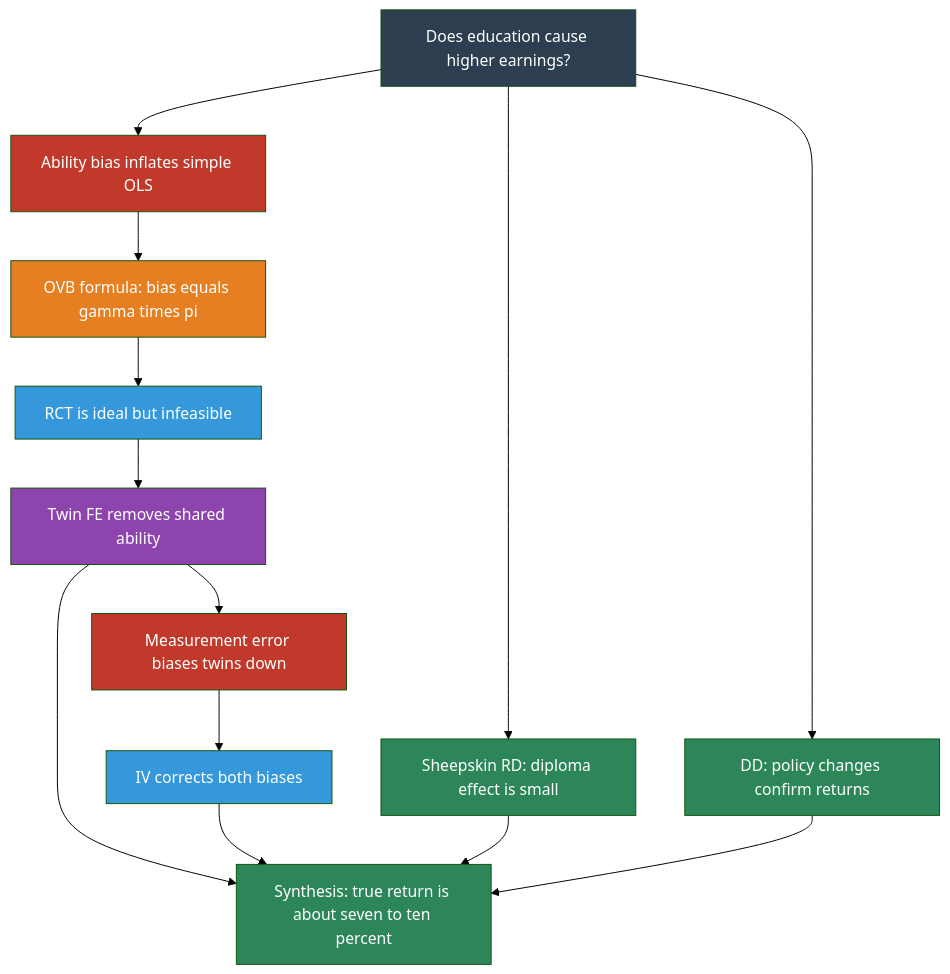
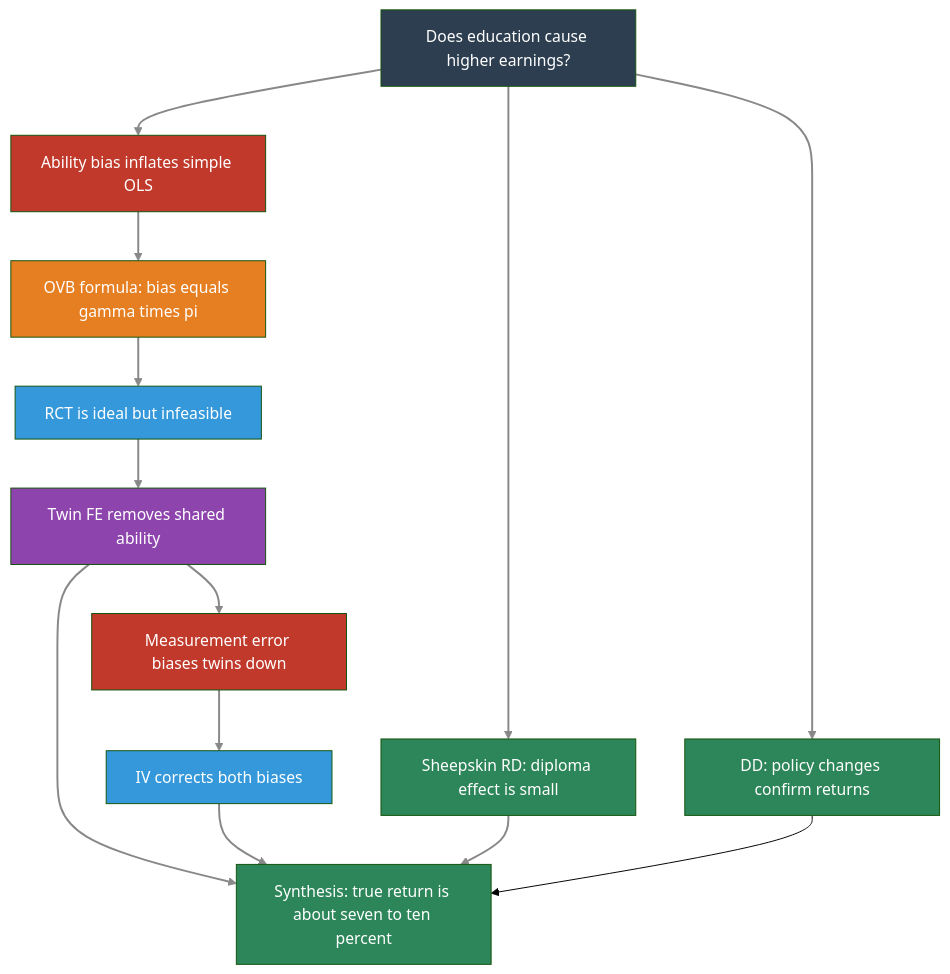
Before and after one commit to cmg777/intro2causal: the second of 2 diagrams in notebooks_quarto/06-wages-of-schooling.qmd, drawn with Mermaid (forest theme). The commit also changed other lines of this file and 17 other files, not shown here.

````diff
--- a/notebooks_quarto/06-wages-of-schooling.qmd
+++ b/notebooks_quarto/06-wages-of-schooling.qmd
@@ -1252,40 +1184,42 @@
 ```{mermaid}
 %%| label: fig-concept-map
 %%| fig-cap: "How the key concepts of Chapter 6 connect: from the question through five methods to the synthesis"
 
 graph TD
     Q["Does education cause higher earnings?"]
     AB["Ability bias inflates simple OLS"]
     OVB["OVB formula: bias equals gamma times pi"]
     RCT["RCT is ideal but infeasible"]
     TW["Twin FE removes shared ability"]
     ME["Measurement error biases twins down"]
     IV["IV corrects both biases"]
     RD["Sheepskin RD: diploma effect is small"]
     DD["DD: policy changes confirm returns"]
     SYN["Synthesis: true return is about seven to ten percent"]
 
     Q --> AB
     AB --> OVB
     OVB --> RCT
     RCT --> TW
     TW --> ME
     ME --> IV
     Q --> RD
     Q --> DD
     TW --> SYN
     IV --> SYN
     RD --> SYN
     DD --> SYN
 
     style Q fill:#2c3e50,color:#fff
     style AB fill:#c0392b,color:#fff
     style OVB fill:#e67e22,color:#fff
     style RCT fill:#3498db,color:#fff
     style TW fill:#8e44ad,color:#fff
     style ME fill:#c0392b,color:#fff
     style IV fill:#3498db,color:#fff
     style RD fill:#2d8659,color:#fff
     style DD fill:#2d8659,color:#fff
     style SYN fill:#2d8659,color:#fff
+
+    linkStyle 0,1,2,3,4,5,6,7,8,9,10 stroke:#888,stroke-width:2px
 ```
````
